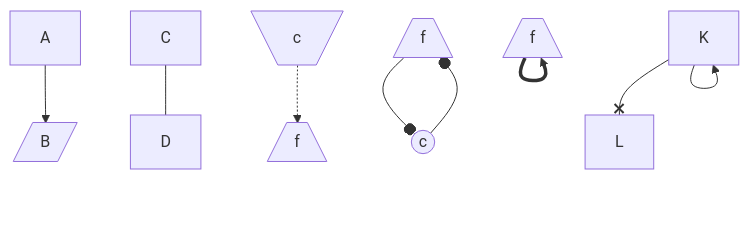
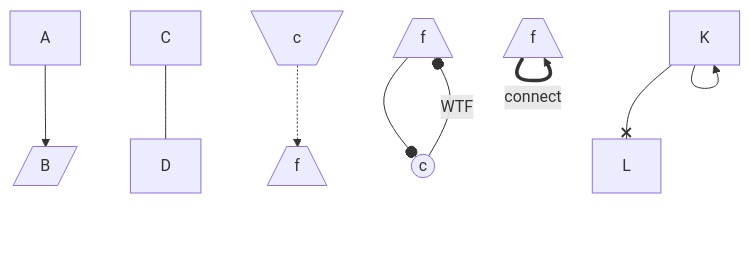
The third of 6 diagrams in Fishing.md (MaksimTarasov/learnGit), drawn with Mermaid before and after one commit. The commit also changed other lines of this file, not shown here.

Commit message:
Добавил различные типы схем в файл Fishing.md

````diff
--- a/Fishing.md
+++ b/Fishing.md
@@ -63,11 +64,11 @@
 ```mermaid
     flowchart TB
         node1[А] --> node2[/B/]
         C --- D
         node3[\c/] -.-> node4[/f\]
-        node5[\c/] ==> node5[/f\]
+        node5[\c/] ==connect==> node5[/f\]
         node6((c)) --o node7[/f\]
-        node7((c)) --o node6[/f\]
+        node7((c)) --o|WTF|node6[/f\]
         K --x L
         K --> K
 ```
````
